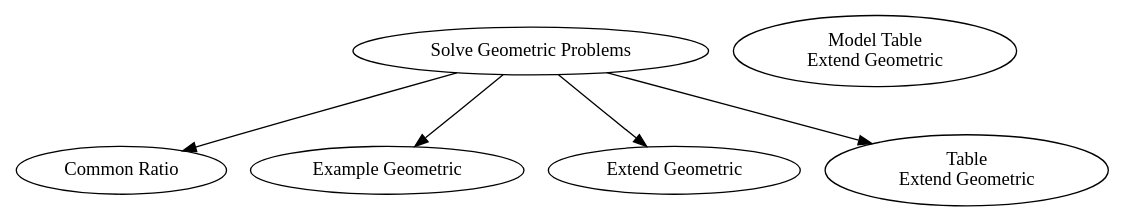
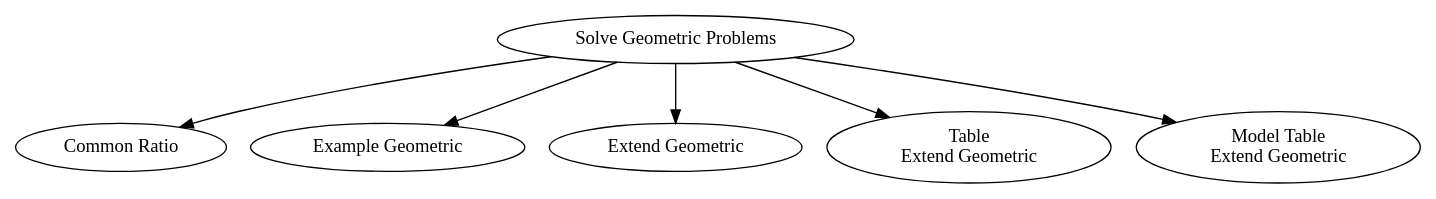
One commit to ralmond/PeanutTutorial changed the diagram in Building.qmd. Above: the diagram before and after it, drawn with Graphviz. The commit also changed other lines of this file and 8 other files, not shown here.

````diff
--- a/Building.qmd
+++ b/Building.qmd
@@ -184,13 +188,13 @@
 ```{dot}
 //| label: "fig-OmegaGr"
 //| fig-cap: "Graph of EASD Net"
 digraph EASD {
 	SGP [label="Solve Geometric Problems"]
 	CR [label="Common Ratio"]
 	ExamG [label="Example Geometric"]
 	ExtG [label="Extend Geometric"]
 	TabEG [label="Table \n Extend Geometric"]
 	ModTEG [label="Model Table \n Extend Geometric"]
-	SGP -> CR; SGP -> ExamG; SGP -> ExtG; SGP -> TabEG; SGP ModTEG
+	SGP -> CR; SGP -> ExamG; SGP -> ExtG; SGP -> TabEG; SGP -> ModTEG
 }
 ```
````
